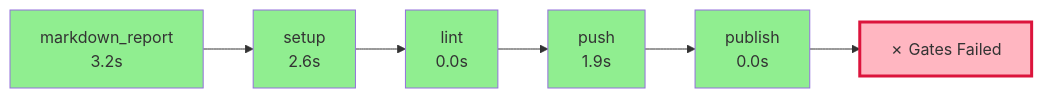
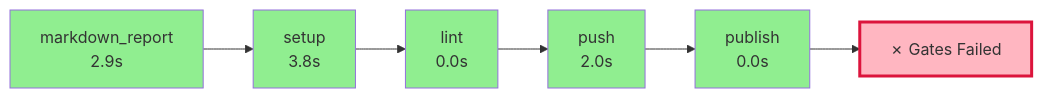
One commit to wronai/fixos changed the diagram in .pyqual/report.md. Above: the diagram before and after it, drawn with Mermaid. The commit also changed other lines of this file and 2 other files, not shown here.

````diff
--- a/.pyqual/report.md
+++ b/.pyqual/report.md
@@ -10,20 +10,20 @@
 ```mermaid
 flowchart LR
-    S0["markdown_report<br/>3.2s"]
+    S0["markdown_report<br/>2.9s"]
     style S0 fill:#90EE90
-    S1["setup<br/>2.6s"]
+    S1["setup<br/>3.8s"]
     style S1 fill:#90EE90
     S0 --> S1
     S2["lint<br/>0.0s"]
     style S2 fill:#90EE90
     S1 --> S2
-    S3["push<br/>1.9s"]
+    S3["push<br/>2.0s"]
     style S3 fill:#90EE90
     S2 --> S3
     S4["publish<br/>0.0s"]
     style S4 fill:#90EE90
     S3 --> S4
     G["✗ Gates Failed"]
     style G fill:#FFB6C1,stroke:#DC143C,stroke-width:3px
     S4 --> G
 ```
````
